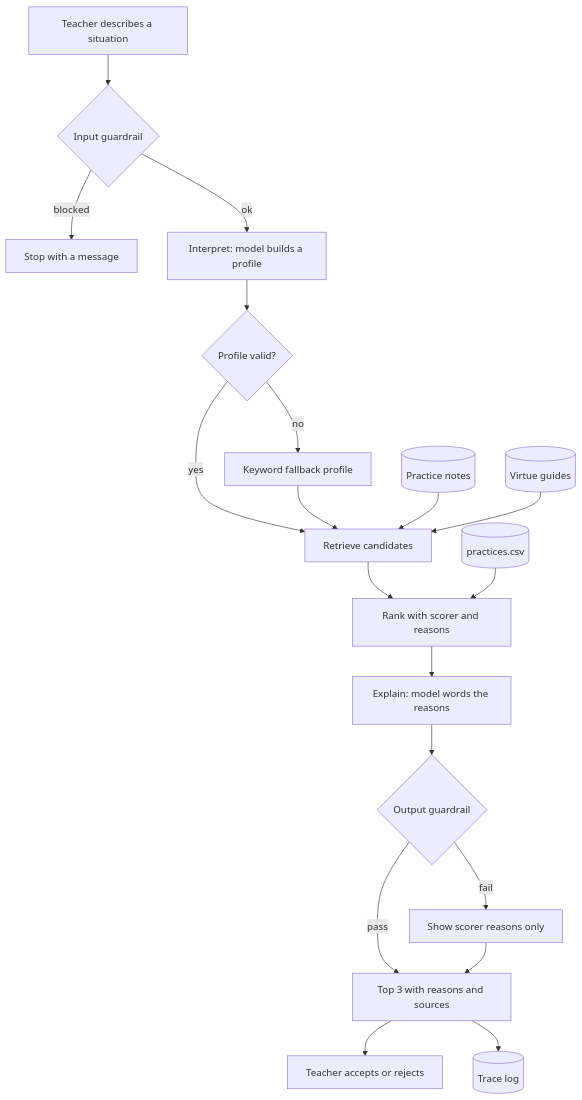
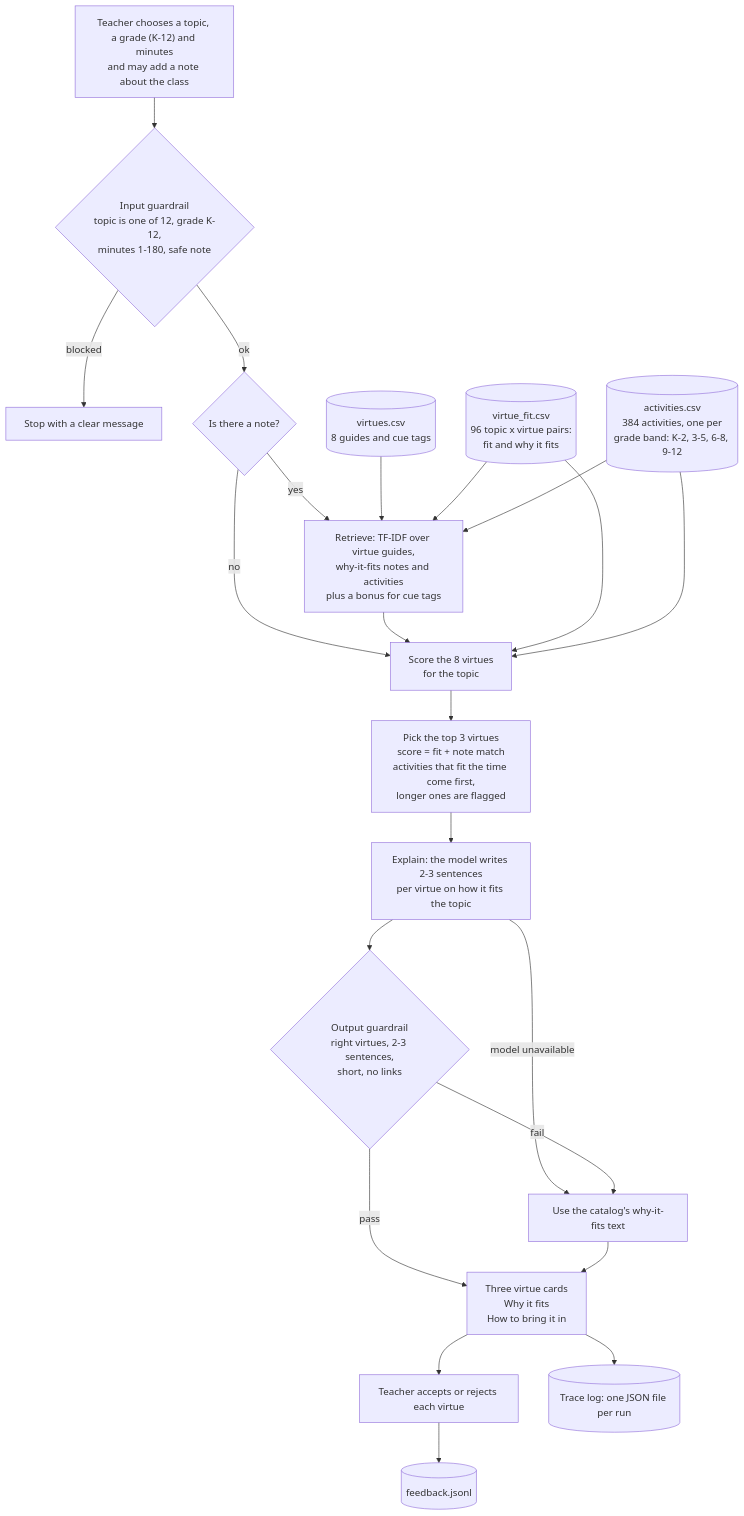
One commit to engymanee/VirtueWeave changed the diagram in assets/flowchart.mmd. Above: the diagram before and after it, drawn with Mermaid. The commit also changed 22 other files, not shown here.

```diff
--- a/assets/flowchart.mmd
+++ b/assets/flowchart.mmd
@@ -1,19 +1,25 @@
 flowchart TD
-    A[Teacher describes a situation] --> B{Input guardrail}
-    B -- blocked --> X[Stop with a message]
-    B -- ok --> C[Interpret: model builds a profile]
-    C --> D{Profile valid?}
-    D -- no --> E[Keyword fallback profile]
-    D -- yes --> F[Retrieve candidates]
-    E --> F
-    N[(Practice notes)] --> F
-    G[(Virtue guides)] --> F
-    F --> H[Rank with scorer and reasons]
-    P[(practices.csv)] --> H
-    H --> I[Explain: model words the reasons]
-    I --> J{Output guardrail}
-    J -- fail --> K[Show scorer reasons only]
-    J -- pass --> L[Top 3 with reasons and sources]
-    K --> L
-    L --> M[Teacher accepts or rejects]
-    L --> T[(Trace log)]
+    A["Teacher chooses a topic, a grade (K-12) and minutes<br/>and may add a note about the class"] --> B{"Input guardrail<br/>topic is one of 12, grade K-12,<br/>minutes 1-180, safe note"}
+    B -- blocked --> X["Stop with a clear message"]
+    B -- ok --> C{"Is there a note?"}
+
+    C -- yes --> R["Retrieve: TF-IDF over virtue guides,<br/>why-it-fits notes and activities<br/>plus a bonus for cue tags"]
+    C -- no --> K["Score the 8 virtues<br/>for the topic"]
+    R --> K
+
+    G[("virtues.csv<br/>8 guides and cue tags")] --> R
+    W[("virtue_fit.csv<br/>96 topic x virtue pairs:<br/>fit and why it fits")] --> R
+    W --> K
+    AC[("activities.csv<br/>384 activities, one per<br/>grade band: K-2, 3-5, 6-8, 9-12")] --> R
+    AC --> K
+
+    K --> T3["Pick the top 3 virtues<br/>score = fit + note match<br/>activities that fit the time come first,<br/>longer ones are flagged"]
+    T3 --> E["Explain: the model writes 2-3 sentences<br/>per virtue on how it fits the topic"]
+    E -- model unavailable --> H["Use the catalog's why-it-fits text"]
+    E --> F{"Output guardrail<br/>right virtues, 2-3 sentences,<br/>short, no links"}
+    F -- fail --> H
+    F -- pass --> I["Three virtue cards<br/>Why it fits<br/>How to bring it in"]
+    H --> I
+    I --> J["Teacher accepts or rejects each virtue"]
+    J --> FB[("feedback.jsonl")]
+    I --> TR[("Trace log: one JSON file per run")]
```
